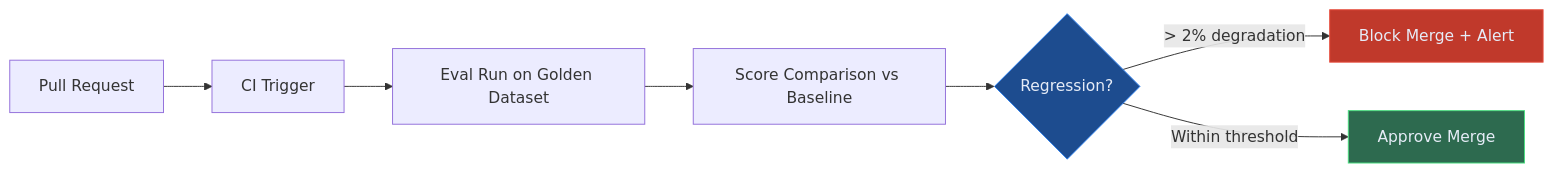
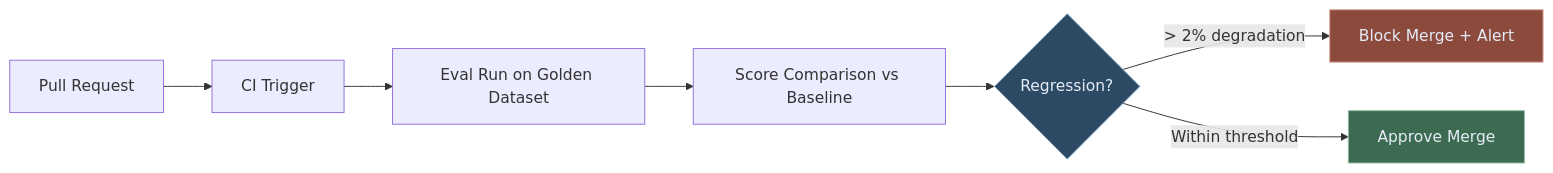
Before and after one commit to lorvexai/lorvexai: the fourth of 5 diagrams in blog/llm-evaluation-in-production.md, drawn with Mermaid. The commit also changed other lines of this file and 16 other files, not shown here.

First line of the commit message:
Retune hardcoded Mermaid node colors to match the site palette

````diff
--- a/blog/llm-evaluation-in-production.md
+++ b/blog/llm-evaluation-in-production.md
@@ -163,13 +163,13 @@
 ```mermaid
 flowchart LR
     PR[Pull Request] --> CI[CI Trigger]
     CI --> EV[Eval Run on Golden Dataset]
     EV --> SC[Score Comparison vs Baseline]
     SC --> RG{Regression?}
     RG -->|> 2% degradation| BL[Block Merge + Alert]
     RG -->|Within threshold| AP[Approve Merge]
 
-    style RG fill:#1D4C8F,stroke:#2F80ED,color:#E6ECF7
-    style BL fill:#C0392B,stroke:#e74c3c,color:#E6ECF7
-    style AP fill:#2D6A4F,stroke:#4ade80,color:#E6ECF7
+    style RG fill:#2C4A63,stroke:#8FB2CC,color:#E6ECF7
+    style BL fill:#8C4A3D,stroke:#D6A697,color:#E6ECF7
+    style AP fill:#3D6B52,stroke:#95C2A8,color:#E6ECF7
 ```
````
